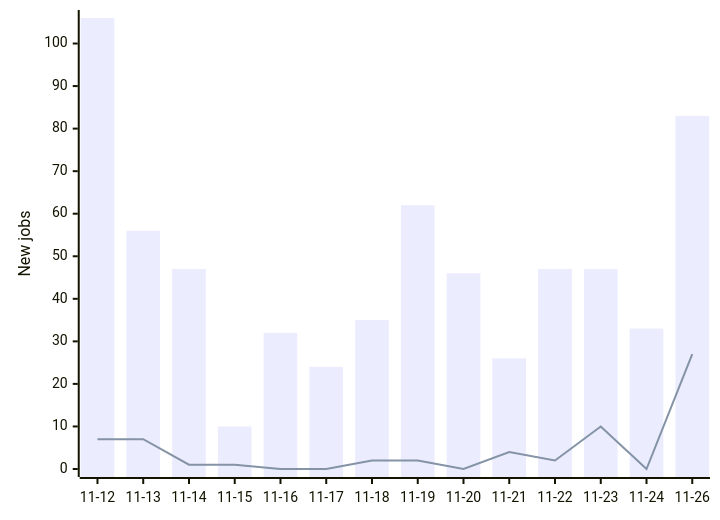
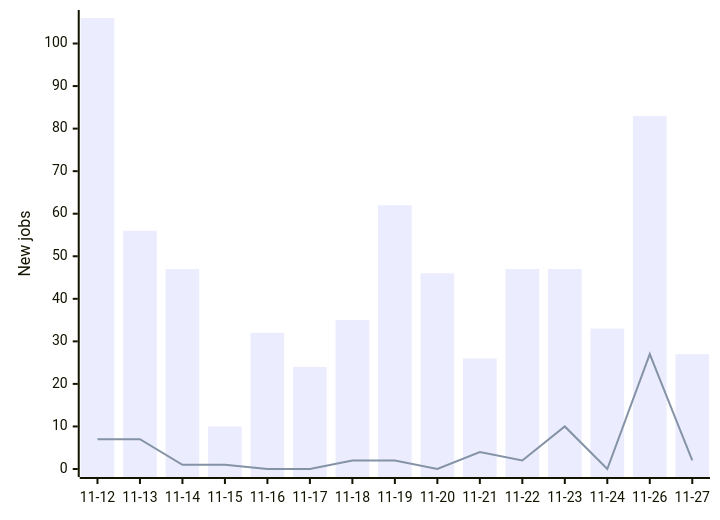
One commit to Mwangimark/frontend-job-tracker changed the diagram in README.md. Above: the diagram before and after it, drawn with Mermaid. The commit also changed other lines of this file and 2 other files, not shown here.

````diff
--- a/README.md
+++ b/README.md
@@ -16,7 +16,7 @@
 ```mermaid
 xychart-beta
-    x-axis ["11-12", "11-13", "11-14", "11-15", "11-16", "11-17", "11-18", "11-19", "11-20", "11-21", "11-22", "11-23", "11-24", "11-26"]
+    x-axis ["11-12", "11-13", "11-14", "11-15", "11-16", "11-17", "11-18", "11-19", "11-20", "11-21", "11-22", "11-23", "11-24", "11-26", "11-27"]
     y-axis "New jobs" 0 --> 106
-    bar [106, 56, 47, 10, 32, 24, 35, 62, 46, 26, 47, 47, 33, 83]
-    line [7, 7, 1, 1, 0, 0, 2, 2, 0, 4, 2, 10, 0, 27]
+    bar [106, 56, 47, 10, 32, 24, 35, 62, 46, 26, 47, 47, 33, 83, 27]
+    line [7, 7, 1, 1, 0, 0, 2, 2, 0, 4, 2, 10, 0, 27, 2]
 ```
````
